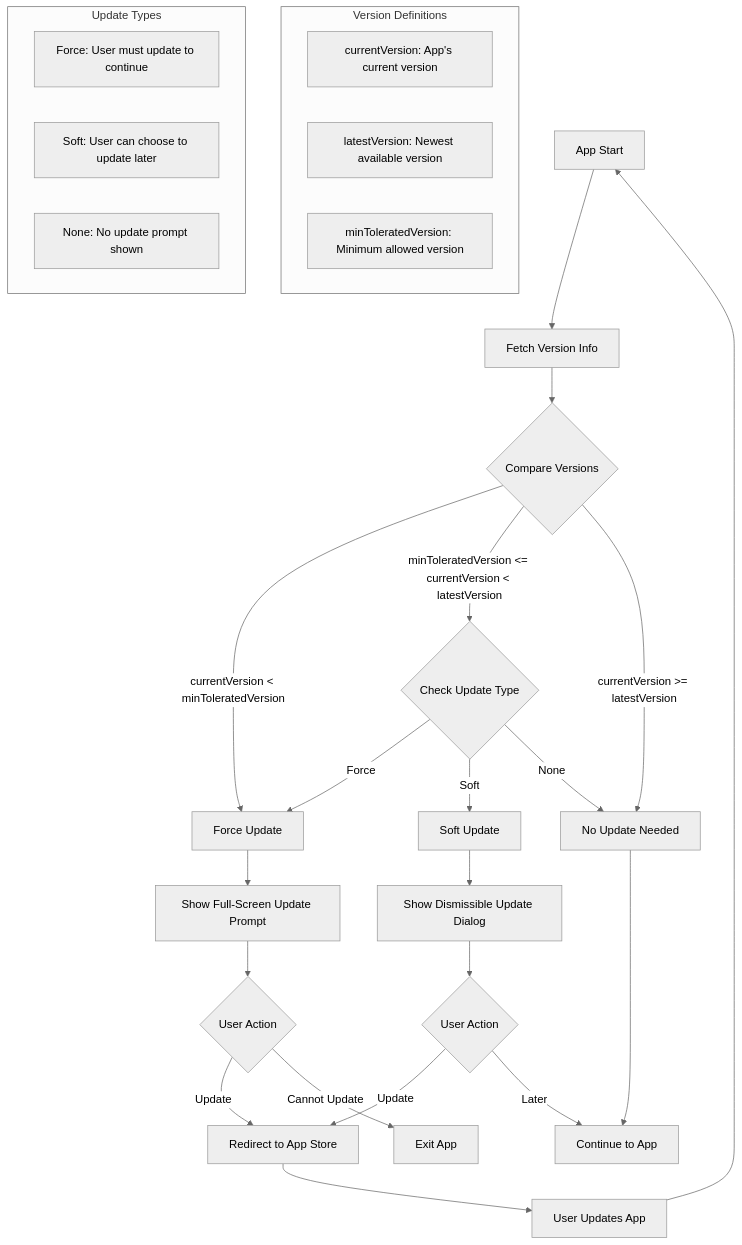
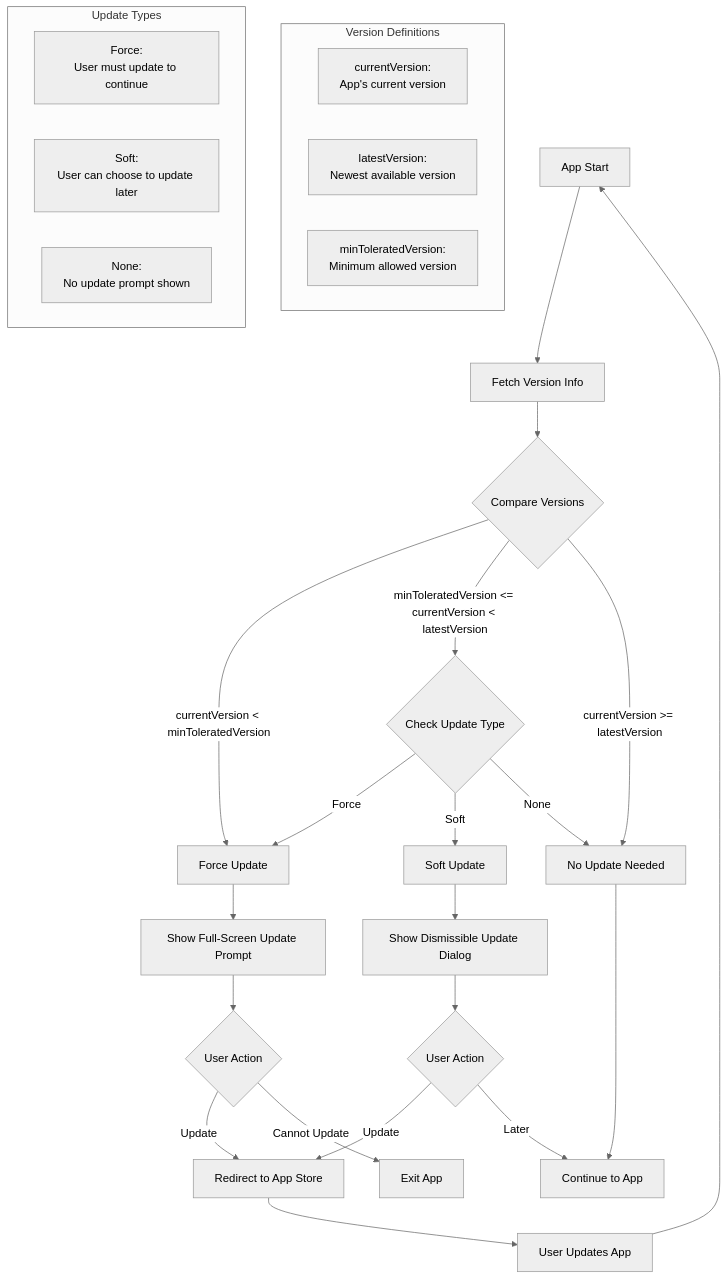
One commit to Ibrahim-Lokman/update_management changed the diagram in README.md. Above: the diagram before and after it, drawn with Mermaid (neutral theme).

Commit message:
update minor..

````diff
--- a/README.md
+++ b/README.md
@@ -17,40 +17,42 @@
 ```mermaid
 graph TD
     A[App Start] --> B[Fetch Version Info]
     B --> C{Compare Versions}
     C --> |currentVersion < minToleratedVersion| D[Force Update]
     C --> |minToleratedVersion <= currentVersion < latestVersion| E{Check Update Type}
     C --> |currentVersion >= latestVersion| F[No Update Needed]
     
     E --> |Force| D
     E --> |Soft| G[Soft Update]
     E --> |None| F
     
     D --> H[Show Full-Screen Update Prompt]
     G --> I[Show Dismissible Update Dialog]
     F --> J[Continue to App]
     
     H --> K{User Action}
     I --> L{User Action}
     
     K --> |Update| M[Redirect to App Store]
     K --> |Cannot Update| N[Exit App]
     
     L --> |Update| M
     L --> |Later| J
     
     M --> O[User Updates App]
     O --> A
     
     subgraph "Version Definitions"
-        P[currentVersion: App's current version]
-        Q[latestVersion: Newest available version]
-        R[minToleratedVersion: Minimum allowed version]
+        direction LR
+        P[currentVersion:<br>App's current version]
+        Q[latestVersion:<br>Newest available version]
+        R[minToleratedVersion:<br>Minimum allowed version]
     end
     
     subgraph "Update Types"
-        S[Force: User must update to continue]
-        T[Soft: User can choose to update later]
-        U[None: No update prompt shown]
+        direction LR
+        S[Force:<br>User must update to continue]
+        T[Soft:<br>User can choose to update later]
+        U[None:<br>No update prompt shown]
     end
 ```
````
